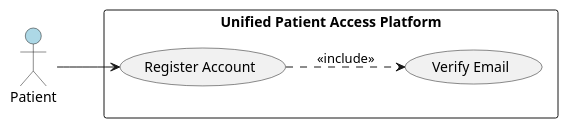
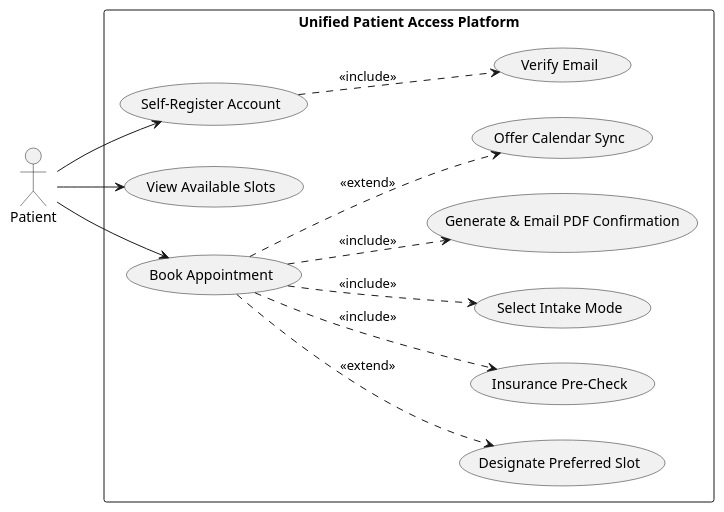
The first of 12 diagrams in .propel/context/docs/spec.md (divya-bharathi-24/Propel-IQ-Patient-Platform), drawn with PlantUML before and after one commit. The commit also changed other lines of this file and 60 other files, not shown here.

````diff
--- a/.propel/context/docs/spec.md
+++ b/.propel/context/docs/spec.md
@@ -175,16 +262,30 @@
 ```plantuml
-@startuml
+@startuml UC-001-Patient-Registration-Booking
 left to right direction
 skinparam packageStyle rectangle
 
-actor Patient #LightBlue
+actor Patient
 
 rectangle "Unified Patient Access Platform" {
-  usecase "Register Account" as UC1
-  usecase "Verify Email" as UC1a
+  usecase "Self-Register Account" as UC001_REG
+  usecase "Verify Email" as UC001_EMAIL
+  usecase "View Available Slots" as UC001_SLOTS
+  usecase "Book Appointment" as UC001_BOOK
+  usecase "Designate Preferred Slot" as UC001_PREF
+  usecase "Insurance Pre-Check" as UC001_INS
+  usecase "Select Intake Mode" as UC001_INTAKE
+  usecase "Generate & Email PDF Confirmation" as UC001_PDF
+  usecase "Offer Calendar Sync" as UC001_CAL
 }
 
-Patient --> UC1
-UC1 ..> UC1a : <<include>>
+Patient --> UC001_REG
+UC001_REG ..> UC001_EMAIL : <<include>>
+Patient --> UC001_SLOTS
+Patient --> UC001_BOOK
+UC001_BOOK ..> UC001_INS : <<include>>
+UC001_BOOK ..> UC001_INTAKE : <<include>>
+UC001_BOOK ..> UC001_PDF : <<include>>
+UC001_BOOK ..> UC001_PREF : <<extend>>
+UC001_BOOK ..> UC001_CAL : <<extend>>
 @enduml
 ```
````
